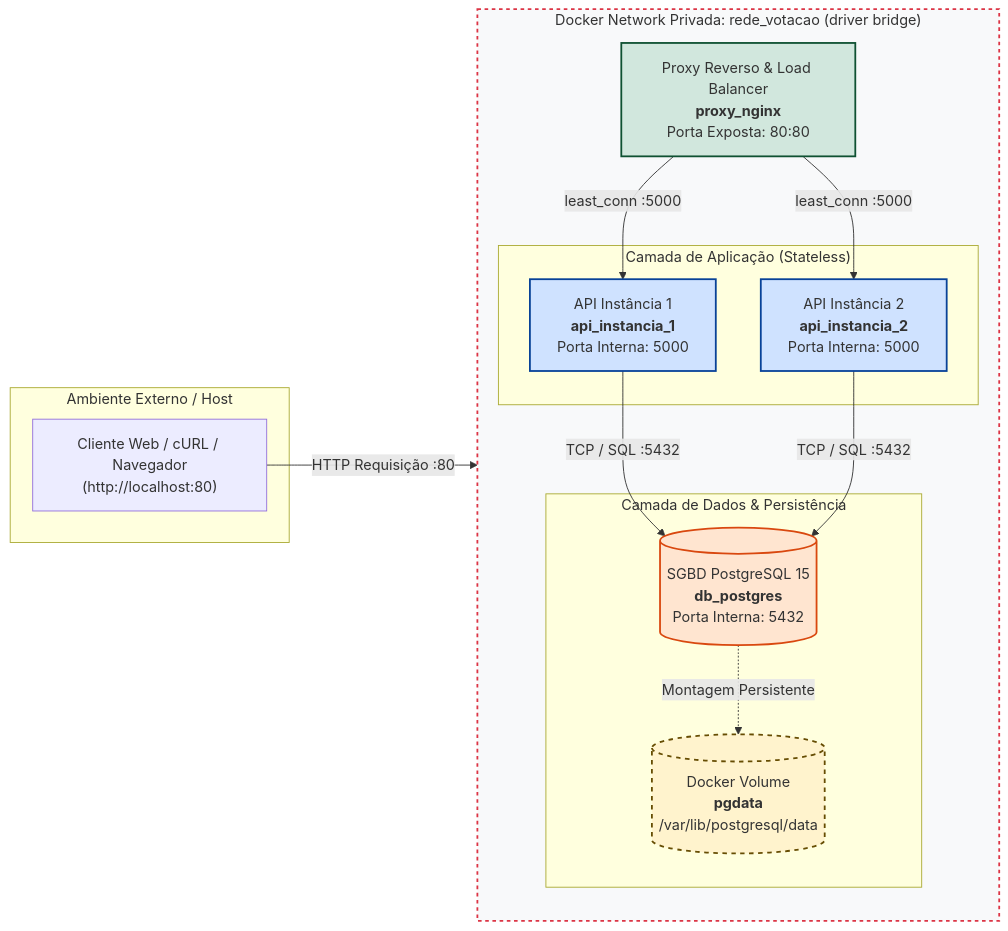
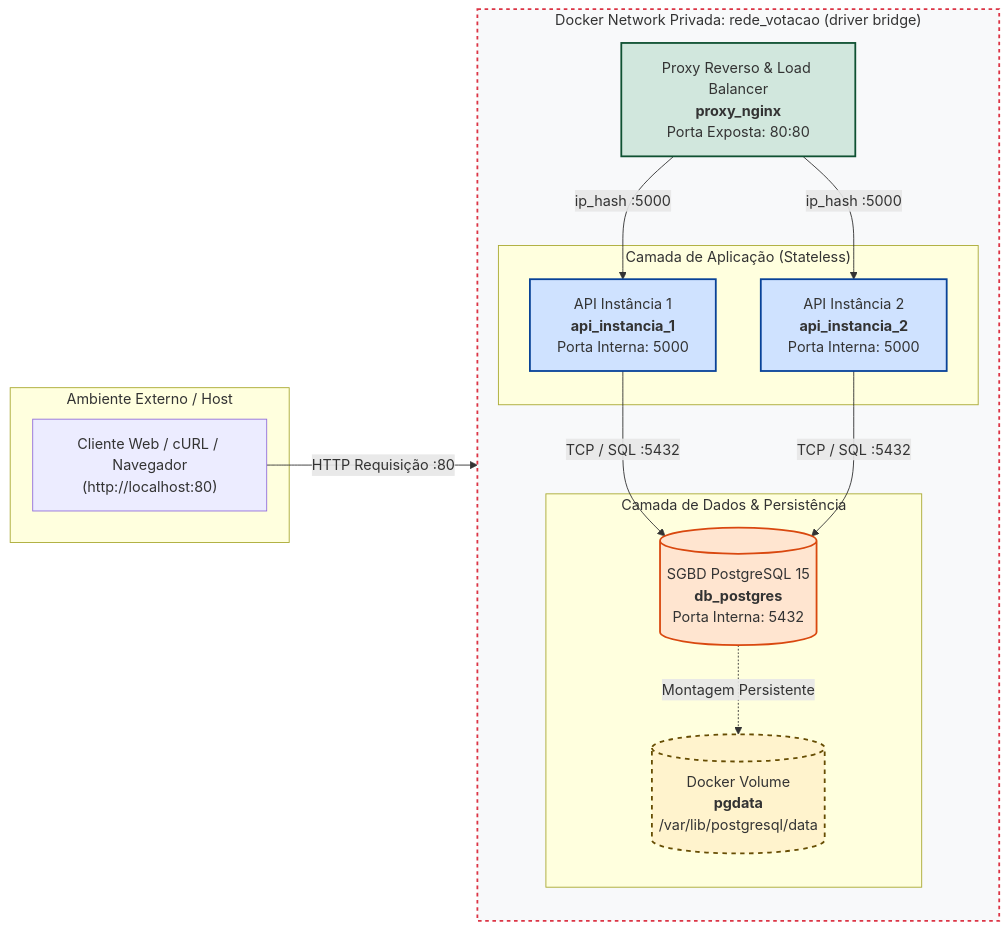
One commit to WilliamDLeao/Simulador-de-Votos changed the diagram in docs/RELATORIO.md. Above: the diagram before and after it, drawn with Mermaid. The commit also changed other lines of this file and 5 other files, not shown here.

````diff
--- a/docs/RELATORIO.md
+++ b/docs/RELATORIO.md
@@ -31,35 +31,35 @@
 ```mermaid
 flowchart LR
     subgraph Host["Ambiente Externo / Host"]
         User["Cliente Web / cURL / Navegador<br/>(http://localhost:80)"]
     end
 
     subgraph DockerNet["Docker Network Privada: rede_votacao (driver bridge)"]
         direction TB
         Nginx["Proxy Reverso & Load Balancer<br/><b>proxy_nginx</b><br/>Porta Exposta: 80:80"]
 
         subgraph BackendTier["Camada de Aplicação (Stateless)"]
             API1["API Instância 1<br/><b>api_instancia_1</b><br/>Porta Interna: 5000"]
             API2["API Instância 2<br/><b>api_instancia_2</b><br/>Porta Interna: 5000"]
         end
 
         subgraph DataTier["Camada de Dados & Persistência"]
             DB[("SGBD PostgreSQL 15<br/><b>db_postgres</b><br/>Porta Interna: 5432")]
             Volume[("Docker Volume<br/><b>pgdata</b><br/>/var/lib/postgresql/data")]
         end
     end
 
     User -->|"HTTP Requisição :80"| Nginx
-    Nginx -->|"least_conn :5000"| API1
-    Nginx -->|"least_conn :5000"| API2
+    Nginx -->|"ip_hash :5000"| API1
+    Nginx -->|"ip_hash :5000"| API2
     API1 -->|"TCP / SQL :5432"| DB
     API2 -->|"TCP / SQL :5432"| DB
     DB -.->|"Montagem Persistente"| Volume
 
     style Nginx fill:#d1e7dd,stroke:#0f5132,stroke-width:2px
     style API1 fill:#cfe2ff,stroke:#084298,stroke-width:2px
     style API2 fill:#cfe2ff,stroke:#084298,stroke-width:2px
     style DB fill:#ffe5d0,stroke:#d9480f,stroke-width:2px
     style Volume fill:#fff3cd,stroke:#664d03,stroke-width:2px,stroke-dasharray: 5 5
     style DockerNet fill:#f8f9fa,stroke:#dc3545,stroke-width:2px,stroke-dasharray: 4 4
 ```
````
